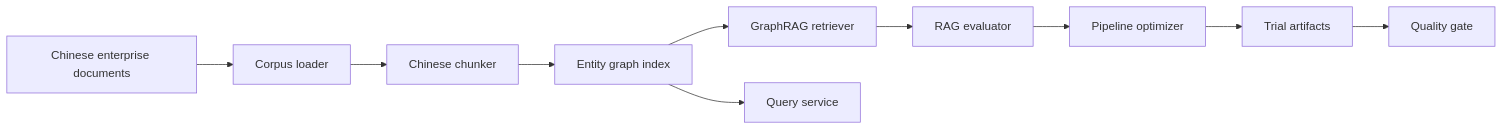
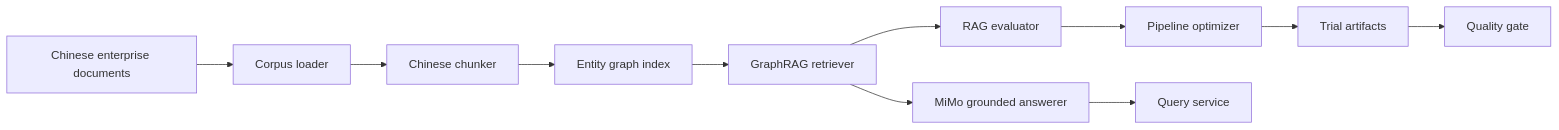
Before and after one commit to cetshow/cn-graphrag-eval-opt: the diagram in docs/architecture.md, drawn with Mermaid. The commit also changed other lines of this file and 14 other files, not shown here.

````diff
--- a/docs/architecture.md
+++ b/docs/architecture.md
@@ -7,12 +7,13 @@
 ```mermaid
 flowchart LR
     A["Chinese enterprise documents"] --> B["Corpus loader"]
     B --> C["Chinese chunker"]
     C --> D["Entity graph index"]
     D --> E["GraphRAG retriever"]
+    E --> K["MiMo grounded answerer"]
     E --> F["RAG evaluator"]
     F --> G["Pipeline optimizer"]
     G --> H["Trial artifacts"]
     H --> J["Quality gate"]
-    D --> I["Query service"]
+    K --> I["Query service"]
 ```
````
